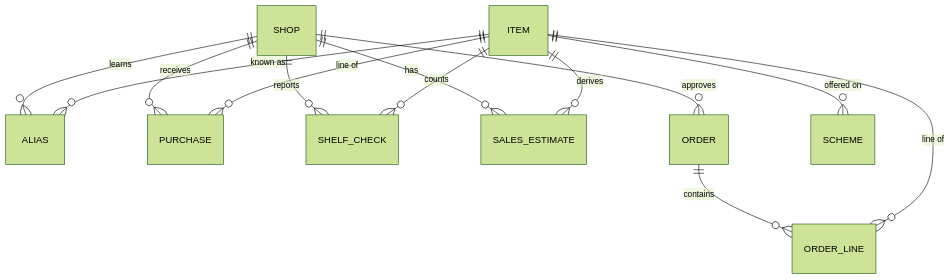
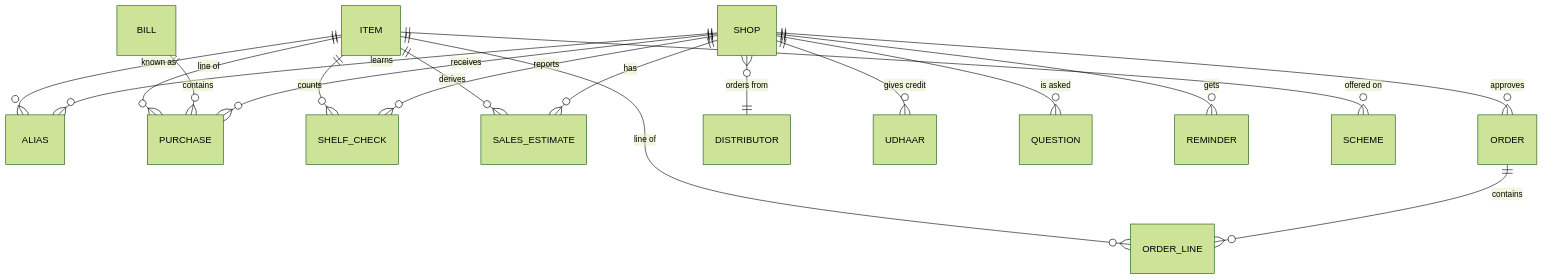
The second of 2 diagrams in README.md (spartha008/munshi), drawn with Mermaid (forest theme) before and after one commit. The commit also changed other lines of this file and 50 other files, not shown here.

````diff
--- a/README.md
+++ b/README.md
@@ -113,15 +121,20 @@
 ```mermaid
 erDiagram
     SHOP ||--o{ ALIAS : learns
     SHOP ||--o{ PURCHASE : receives
     SHOP ||--o{ SHELF_CHECK : reports
     SHOP ||--o{ SALES_ESTIMATE : has
     SHOP ||--o{ ORDER : approves
+    SHOP }o--|| DISTRIBUTOR : "orders from"
+    SHOP ||--o{ UDHAAR : "gives credit"
+    SHOP ||--o{ QUESTION : "is asked"
+    SHOP ||--o{ REMINDER : gets
+    BILL ||--o{ PURCHASE : contains
     ITEM ||--o{ ALIAS : "known as"
     ITEM ||--o{ PURCHASE : "line of"
     ITEM ||--o{ SHELF_CHECK : counts
     ITEM ||--o{ SALES_ESTIMATE : derives
     ITEM ||--o{ SCHEME : "offered on"
     ORDER ||--o{ ORDER_LINE : contains
     ITEM ||--o{ ORDER_LINE : "line of"
 ```
````
